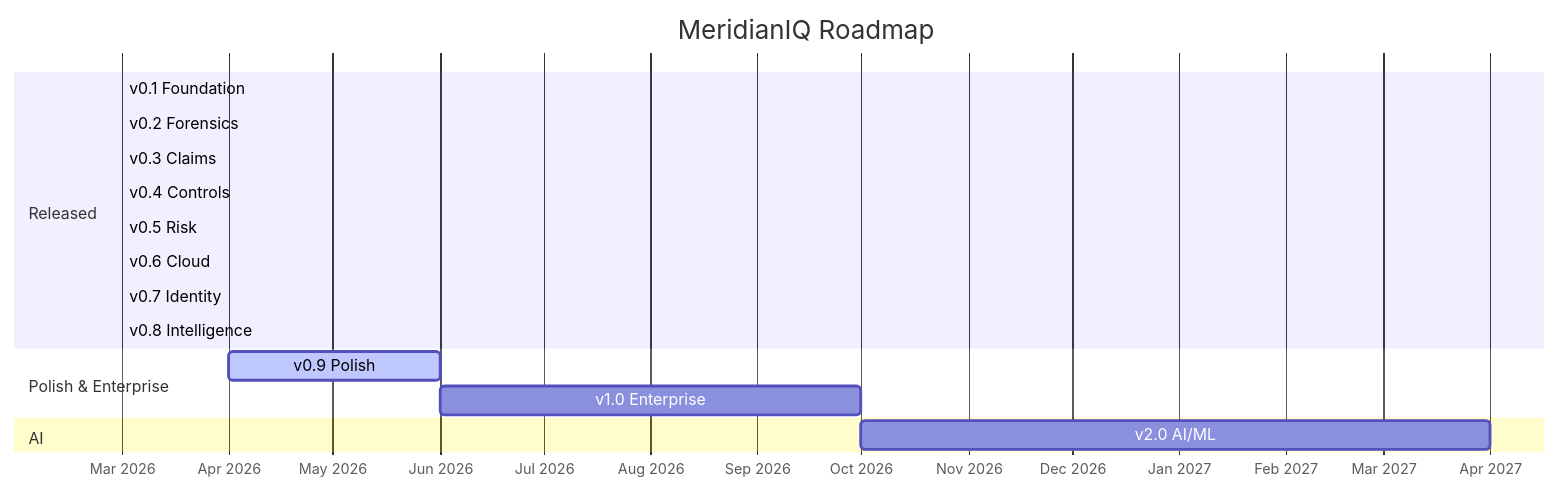
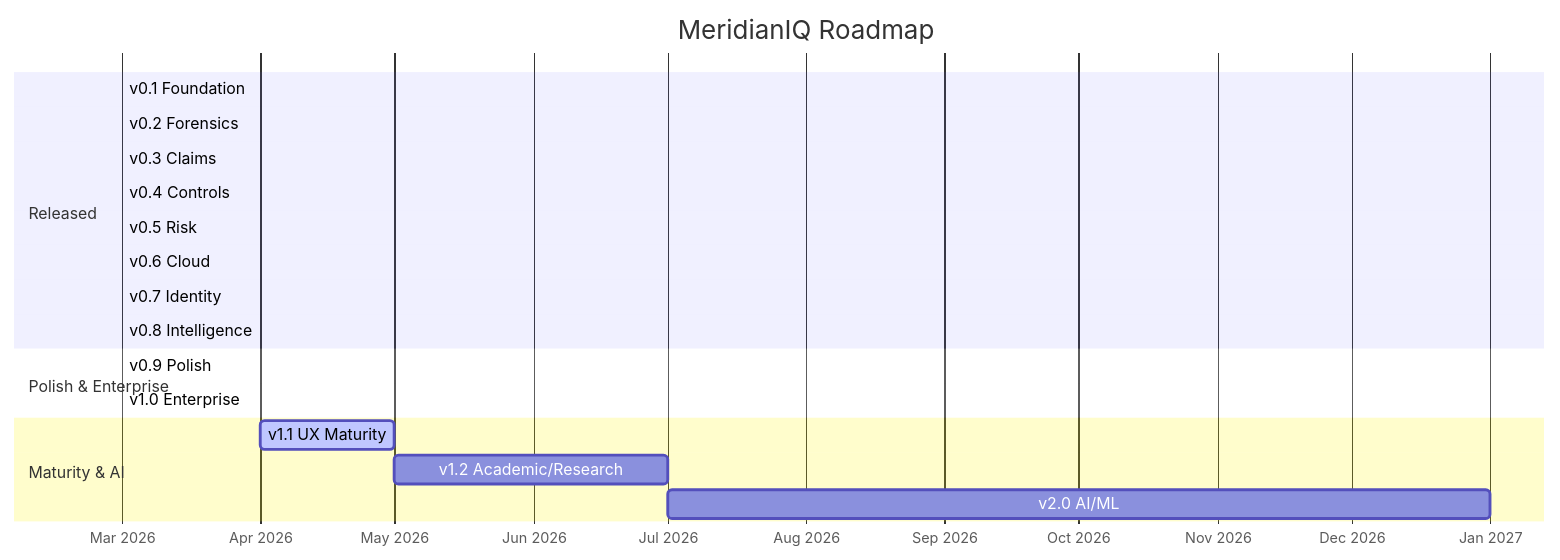
One commit to VitorMRodovalho/meridianiq changed the second of 2 diagrams in docs/v06-planning/ROADMAP_v06_to_v20.md. Above: the diagram before and after it, drawn with Mermaid. The commit also changed other lines of this file and 1 other file, not shown here.

Commit message:
docs: 360 audit — sprint backlog, tech debt, governance gaps
Updated BUGS.md with:
- Previously delivered deferred items (parser versioning, manipulation scoring, demo, settings)
- Sprint backlog: v1.1 UX Maturity (7 items), v1.2 Academic (6 items), v2.0 AI (5 items)
- Technical debt inventory (9 items: i18n wiring, RBAC, rate limiting, etc.)
- Governance gaps (4 items: GDPR, security headers, audit IP, backup docs)
- Expanded testing checklist (18 items including XML, IPS, recovery, mobile)

Updated ROADMAP Gantt chart and version table:
- v0.9 and v1.0 marked as released
- Added v1.1 "UX Maturity" and v1.2 "Academic/Research" milestones
- v2.0 timeline adjusted

````diff
--- a/docs/v06-planning/ROADMAP_v06_to_v20.md
+++ b/docs/v06-planning/ROADMAP_v06_to_v20.md
@@ -305,23 +305,25 @@
 ```mermaid
 gantt
     title MeridianIQ Roadmap
     dateFormat YYYY-MM
     axisFormat %b %Y
 
     section Released
     v0.1 Foundation          :done, v01, 2026-03, 2026-03
     v0.2 Forensics           :done, v02, 2026-03, 2026-03
     v0.3 Claims              :done, v03, 2026-03, 2026-03
     v0.4 Controls            :done, v04, 2026-03, 2026-03
     v0.5 Risk                :done, v05, 2026-03, 2026-03
     v0.6 Cloud               :done, v06, 2026-03, 2026-03
     v0.7 Identity            :done, v07, 2026-03, 2026-03
     v0.8 Intelligence        :done, v08, 2026-03, 2026-03
 
     section Polish & Enterprise
-    v0.9 Polish              :active, v09, 2026-04, 2026-06
-    v1.0 Enterprise          :v10, 2026-06, 2026-10
+    v0.9 Polish              :done, v09, 2026-03, 2026-03
+    v1.0 Enterprise          :done, v10, 2026-03, 2026-03
 
-    section AI
-    v2.0 AI/ML               :v20, 2026-10, 2027-04
+    section Maturity & AI
+    v1.1 UX Maturity         :active, v11, 2026-04, 2026-05
+    v1.2 Academic/Research    :v12, 2026-05, 2026-07
+    v2.0 AI/ML               :v20, 2026-07, 2027-01
 ```
````
